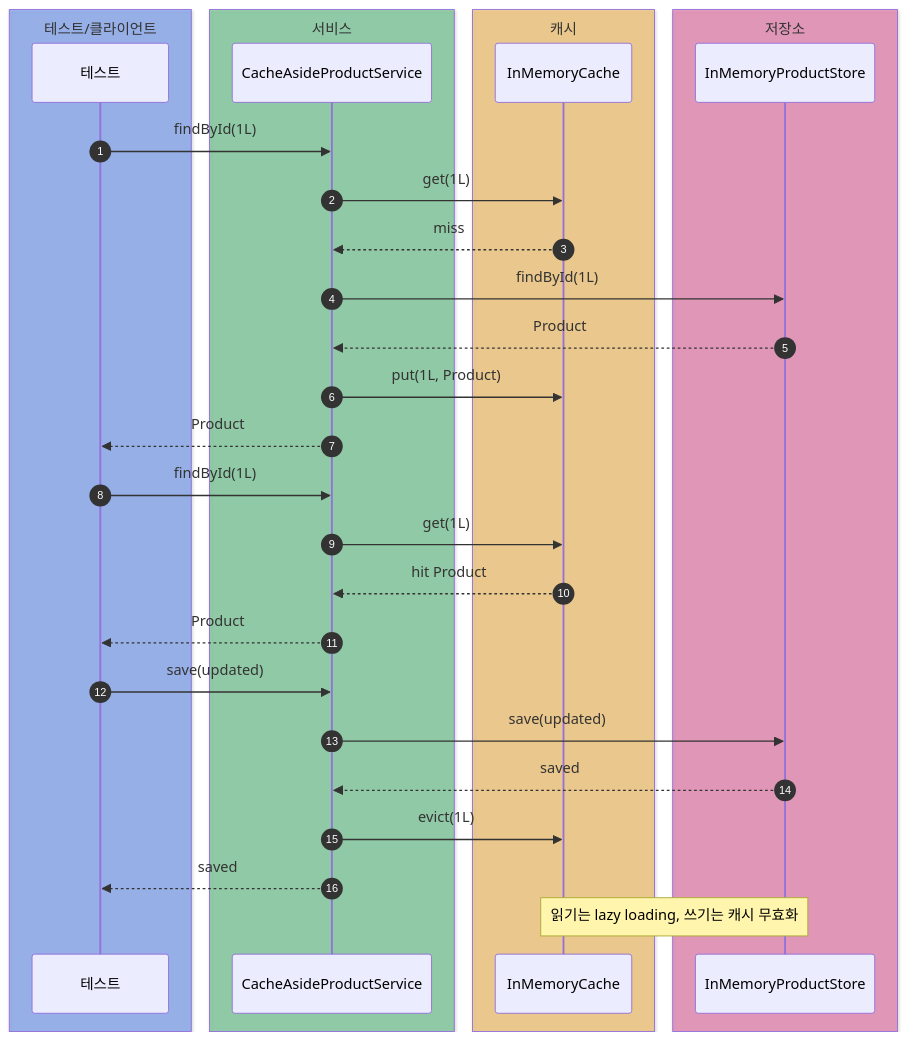
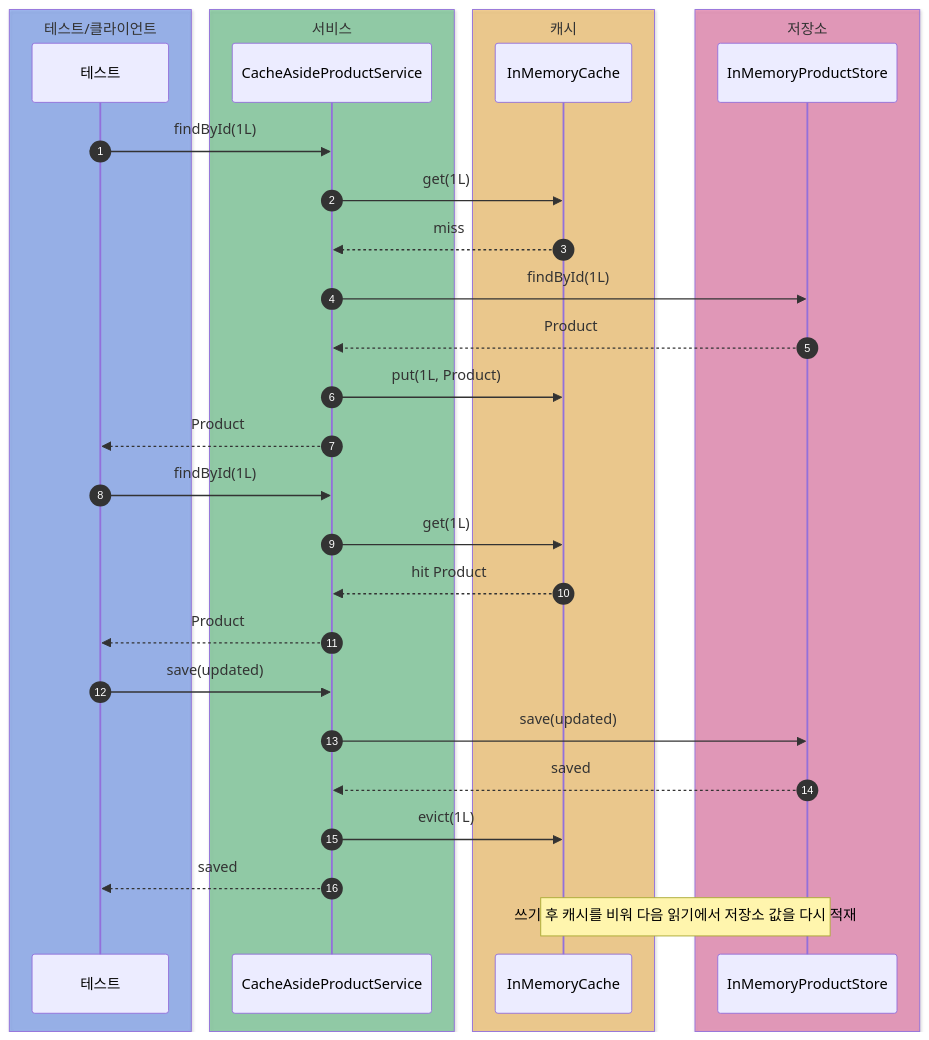
The second of 6 diagrams in labs/cache-patterns/README.md (HJC96/deep-dive), drawn with Mermaid before and after one commit. The commit also changed other lines of this file and 17 other files, not shown here.

````diff
--- a/labs/cache-patterns/README.md
+++ b/labs/cache-patterns/README.md
@@ -97,37 +152,37 @@
 ```mermaid
 sequenceDiagram
     autonumber
     box rgba(37, 99, 235, 0.40) 테스트/클라이언트
     participant Test as 테스트
     end
     box rgba(22, 163, 74, 0.40) 서비스
     participant Service as CacheAsideProductService
     end
     box rgba(245, 158, 11, 0.40) 캐시
     participant Cache as InMemoryCache
     end
     box rgba(219, 39, 119, 0.40) 저장소
     participant Store as InMemoryProductStore
     end
 
     Test->>Service: findById(1L)
     Service->>Cache: get(1L)
     Cache-->>Service: miss
     Service->>Store: findById(1L)
     Store-->>Service: Product
     Service->>Cache: put(1L, Product)
     Service-->>Test: Product
 
     Test->>Service: findById(1L)
     Service->>Cache: get(1L)
     Cache-->>Service: hit Product
     Service-->>Test: Product
 
     Test->>Service: save(updated)
     Service->>Store: save(updated)
     Store-->>Service: saved
     Service->>Cache: evict(1L)
     Service-->>Test: saved
 
-    Note over Cache,Store: 읽기는 lazy loading, 쓰기는 캐시 무효화
+    Note over Cache,Store: 쓰기 후 캐시를 비워 다음 읽기에서 저장소 값을 다시 적재
 ```
````
